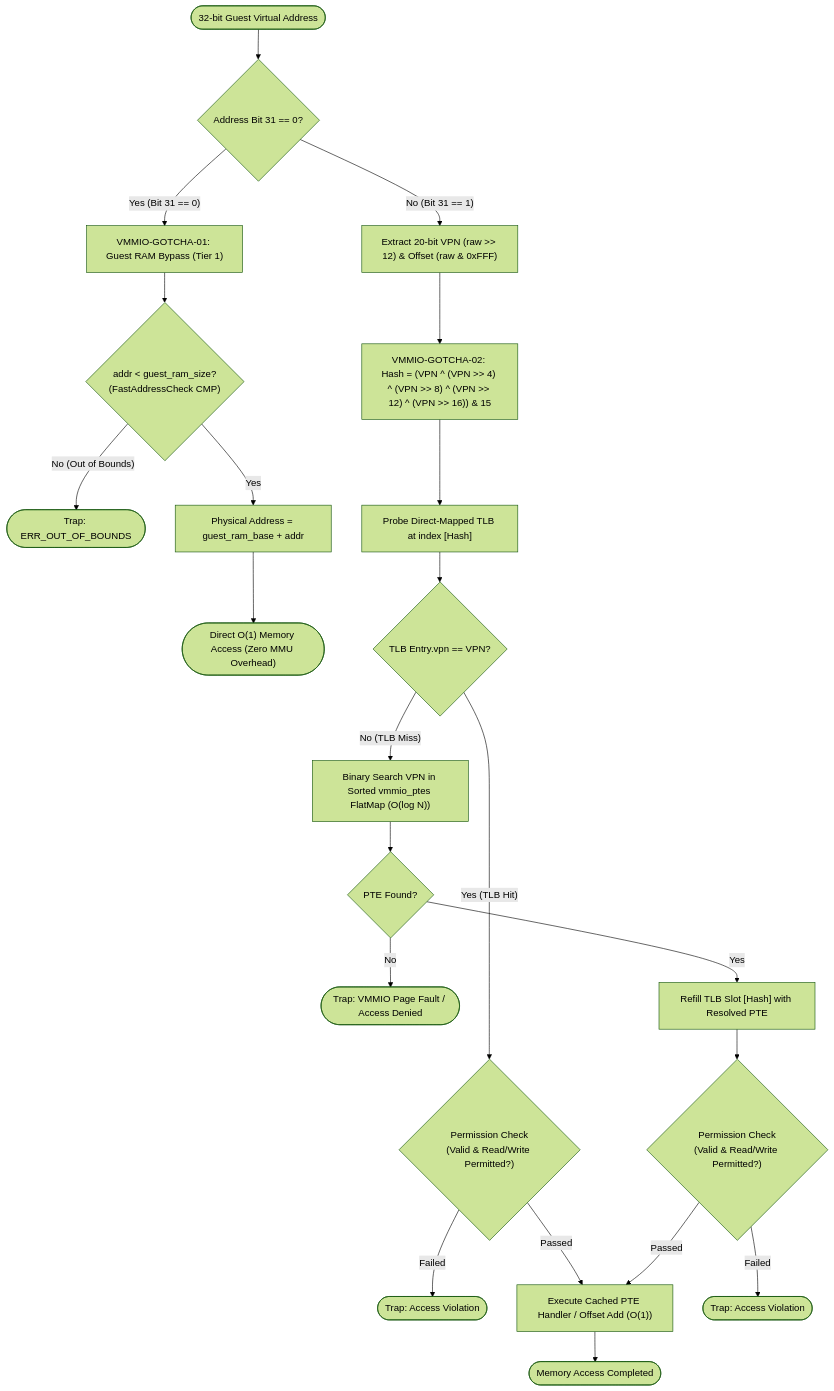
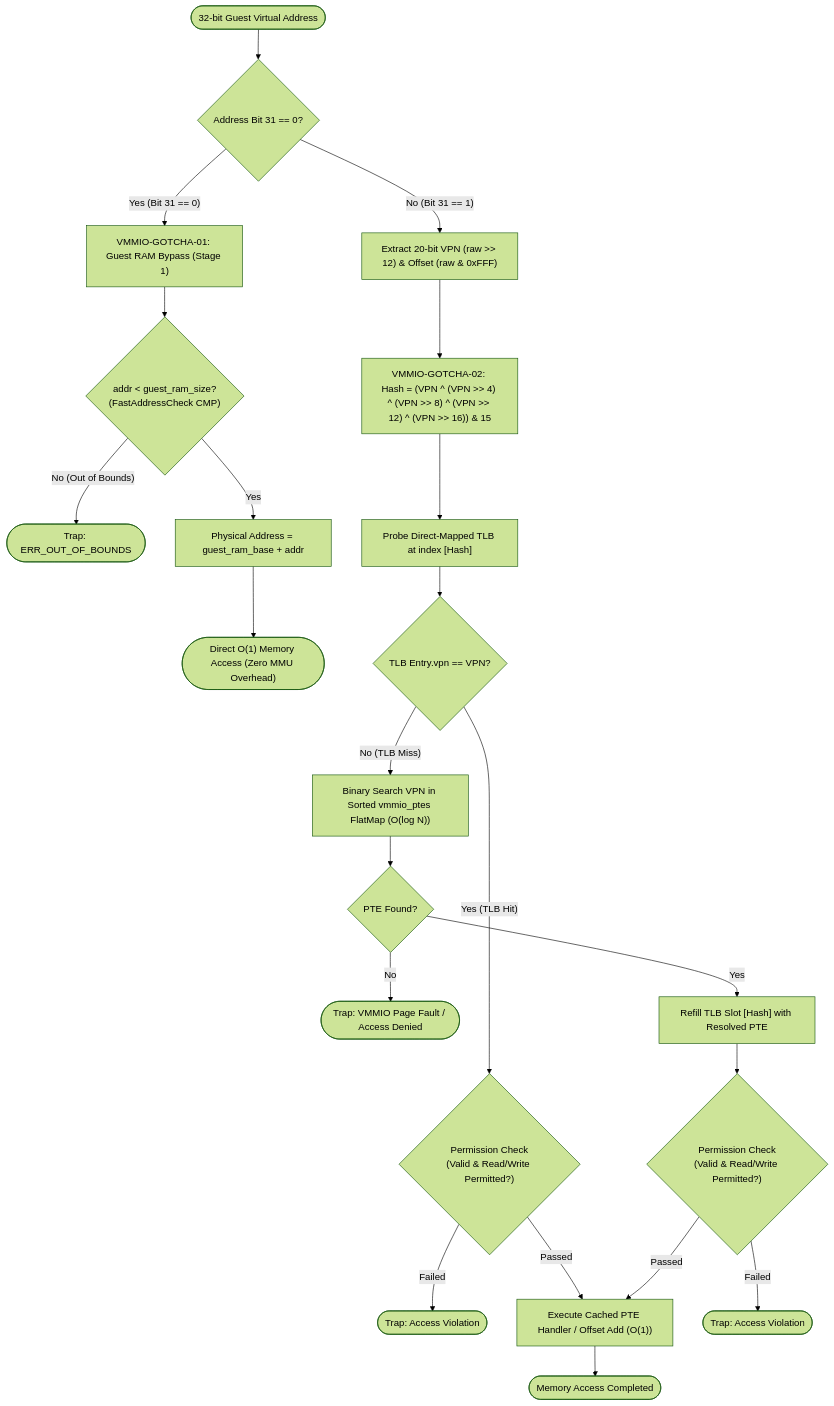
The second of 5 diagrams in docs/components/tier2_runtime/runtime_vmmio.md (kmt-t/fireball), drawn with Mermaid (forest theme) before and after one commit. The commit also changed other lines of this file and 51 other files, not shown here.

````diff
--- a/docs/components/tier2_runtime/runtime_vmmio.md
+++ b/docs/components/tier2_runtime/runtime_vmmio.md
@@ -188,28 +188,28 @@
 ```mermaid
 flowchart TD
     Start(["32-bit Guest Virtual Address"]) --> CheckBit31{"Address Bit 31 == 0?"}
 
-    CheckBit31 -- "Yes (Bit 31 == 0)" --> RAMBypass["VMMIO-GOTCHA-01: Guest RAM Bypass (Tier 1)"]
+    CheckBit31 -- "Yes (Bit 31 == 0)" --> RAMBypass["VMMIO-GOTCHA-01: Guest RAM Bypass (Stage 1)"]
     RAMBypass --> CheckRAMBounds{"addr < guest_ram_size?<br/>(FastAddressCheck CMP)"}
     CheckRAMBounds -- "No (Out of Bounds)" --> TrapOOB(["Trap: ERR_OUT_OF_BOUNDS"])
     CheckRAMBounds -- "Yes" --> CalcRAM["Physical Address = guest_ram_base + addr"]
     CalcRAM --> DirectAccess(["Direct O(1) Memory Access (Zero MMU Overhead)"])
 
     CheckBit31 -- "No (Bit 31 == 1)" --> ExtractVPN["Extract 20-bit VPN (raw >> 12) & Offset (raw & 0xFFF)"]
     ExtractVPN --> FoldingXOR["VMMIO-GOTCHA-02: Hash = (VPN ^ (VPN >> 4) ^ (VPN >> 8) ^ (VPN >> 12) ^ (VPN >> 16)) & 15"]
     FoldingXOR --> ProbeTLB["Probe Direct-Mapped TLB at index [Hash]"]
 
     ProbeTLB --> TLBHit{"TLB Entry.vpn == VPN?"}
     TLBHit -- "Yes (TLB Hit)" --> CheckPermHit{"Permission Check<br/>(Valid & Read/Write Permitted?)"}
     CheckPermHit -- "Failed" --> TrapAccessHit(["Trap: Access Violation"])
     CheckPermHit -- "Passed" --> ExecHandler["Execute Cached PTE Handler / Offset Add (O(1))"]
     ExecHandler --> Complete(["Memory Access Completed"])
 
     TLBHit -- "No (TLB Miss)" --> FlatMapWalk["Binary Search VPN in Sorted vmmio_ptes FlatMap (O(log N))"]
     FlatMapWalk --> WalkFound{"PTE Found?"}
     WalkFound -- "No" --> Fault(["Trap: VMMIO Page Fault / Access Denied"])
     WalkFound -- "Yes" --> RefillTLB["Refill TLB Slot [Hash] with Resolved PTE"]
     RefillTLB --> CheckPermMiss{"Permission Check<br/>(Valid & Read/Write Permitted?)"}
     CheckPermMiss -- "Failed" --> TrapAccessMiss(["Trap: Access Violation"])
     CheckPermMiss -- "Passed" --> ExecHandler
 ```
````
